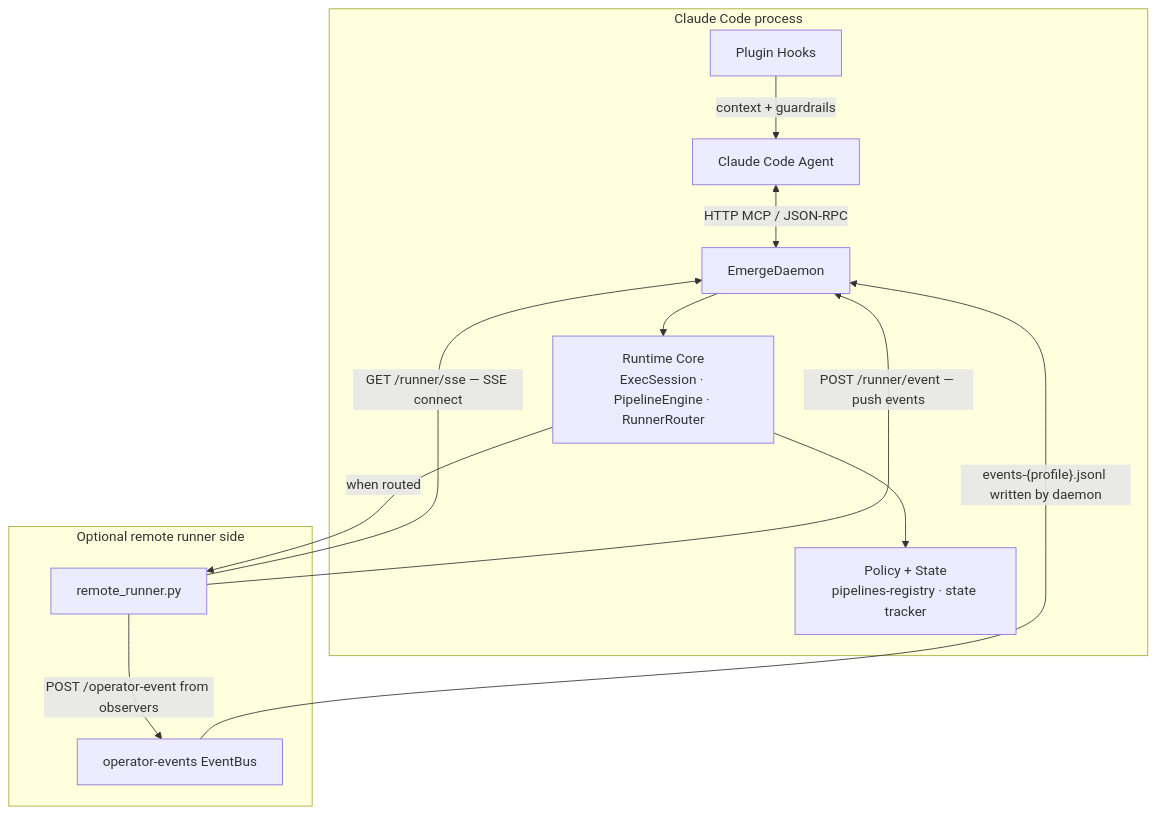
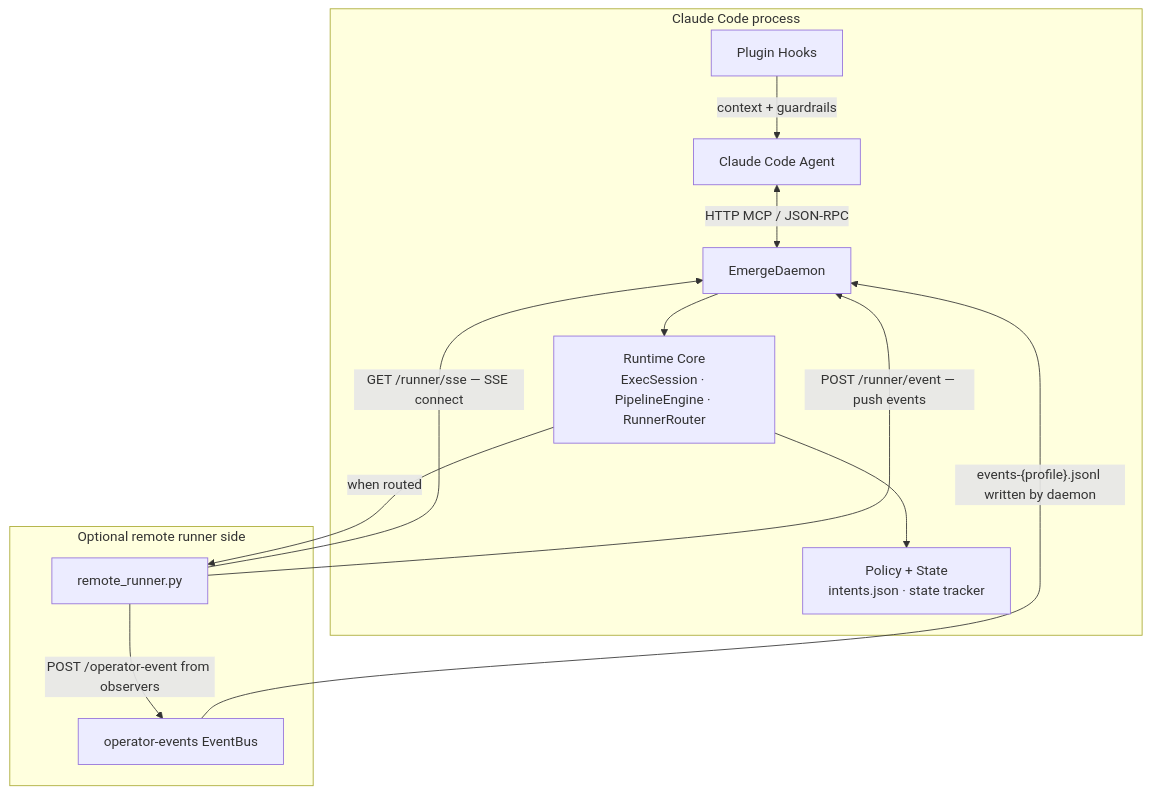
The first of 4 diagrams in README.md (jianzhichun/emerge), drawn with Mermaid before and after one commit. The commit also changed other lines of this file and 67 other files, not shown here.

````diff
--- a/README.md
+++ b/README.md
@@ -22,25 +22,25 @@
 ```mermaid
 flowchart TB
   subgraph ccProcess [Claude Code process]
     CC[Claude Code Agent]
     HK[Plugin Hooks]
     DAEMON[EmergeDaemon]
     CORE[Runtime Core<br/>ExecSession · PipelineEngine · RunnerRouter]
-    POLICY[Policy + State<br/>pipelines-registry · state tracker]
+    POLICY[Policy + State<br/>intents.json · state tracker]
   end
 
   subgraph remoteSide [Optional remote runner side]
     RUNNER[remote_runner.py]
     EVENTBUS[operator-events EventBus]
   end
 
   CC <-->|HTTP MCP / JSON-RPC| DAEMON
   HK -->|context + guardrails| CC
   DAEMON --> CORE
   CORE --> POLICY
   CORE -->|when routed| RUNNER
   RUNNER -->|GET /runner/sse — SSE connect| DAEMON
   RUNNER -->|POST /runner/event — push events| DAEMON
   RUNNER -->|POST /operator-event from observers| EVENTBUS
   EVENTBUS -->|"events-{profile}.jsonl written by daemon"| DAEMON
 ```
````
